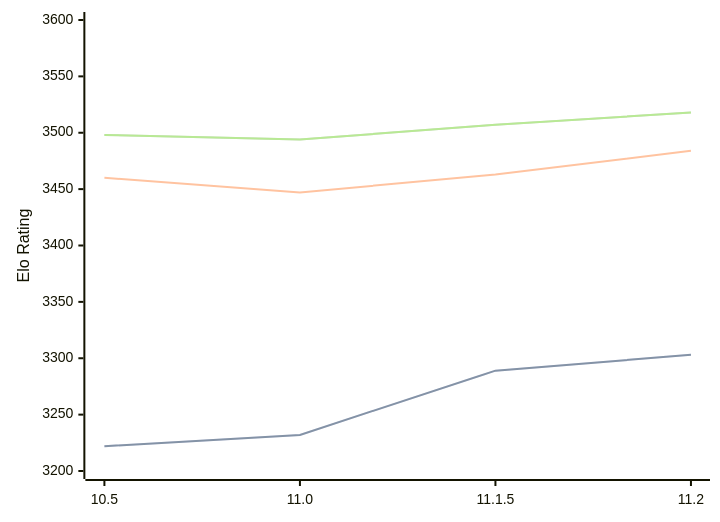
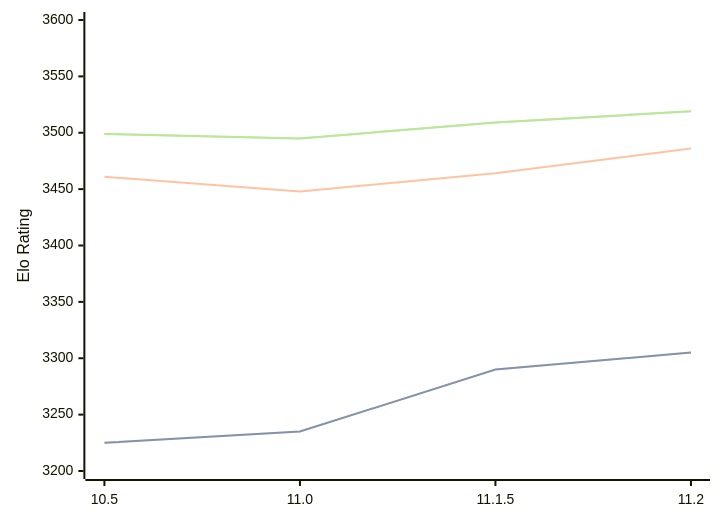
Before and after one commit to computer-chess-index/cci: the diagram in engines/Lizard.md, drawn with Mermaid. The commit also changed other lines of this file, not shown here.

Commit message:
Update CCI Ratings (ELO VLTC) - 2026-09-01

````diff
--- a/engines/Lizard.md
+++ b/engines/Lizard.md
@@ -34,11 +34,11 @@
 ```mermaid
 %%{init: {"theme":"base","themeVariables":{"seriesColors:['#a3a3a3','#222221','#faa371']}}}%%
 xychart-beta
   x-axis ["10.5", "11.0", "11.1.5", "11.2"]
   y-axis "Elo Rating" 3200 --> 3600
-  line "" [3222, 3232, 3289, 3303]
-  line "STC (8.0+0.08s)" [3222, 3232, 3289, 3303]
-  line "LTC (60.0+0.60s)" [3460, 3447, 3463, 3484]
-  line "" [3498, 3494, 3507, 3518]
-  line "VLTC (2m24s+1.12s)" [3498, 3494, 3507, 3518]
+  line "" [3225, 3235, 3290, 3305]
+  line "STC (8.0+0.08s)" [3225, 3235, 3290, 3305]
+  line "LTC (60.0+0.60s)" [3461, 3448, 3464, 3486]
+  line "" [3499, 3495, 3509, 3519]
+  line "VLTC (2m24s+1.12s)" [3499, 3495, 3509, 3519]
 ```
````
